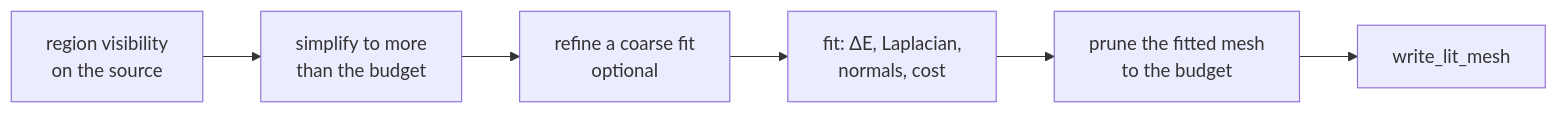
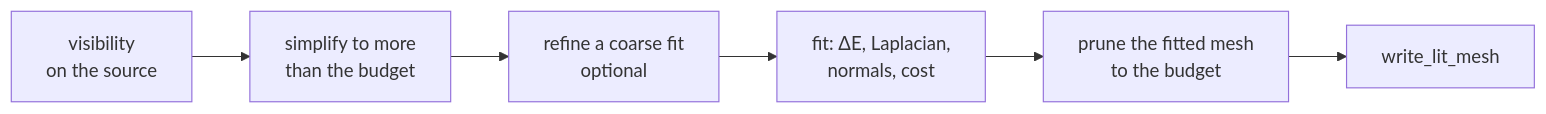
Before and after one commit to jose-villegas/autana: the first of 3 diagrams in docs/render/Scene-Files.md, drawn with Mermaid.

Commit message:
docs: Scene-Files fit diagram names the renderer's source visibility

````diff
--- a/docs/render/Scene-Files.md
+++ b/docs/render/Scene-Files.md
@@ -329,8 +329,8 @@
 ```mermaid
 flowchart LR
-    V[region visibility<br/>on the source] --> S[simplify to more<br/>than the budget]
+    V[visibility<br/>on the source] --> S[simplify to more<br/>than the budget]
     S --> R[refine a coarse fit<br/>optional]
     R --> F[fit: ΔE, Laplacian,<br/>normals, cost]
     F --> P[prune the fitted mesh<br/>to the budget]
     P --> W[write_lit_mesh]
 ```
````
